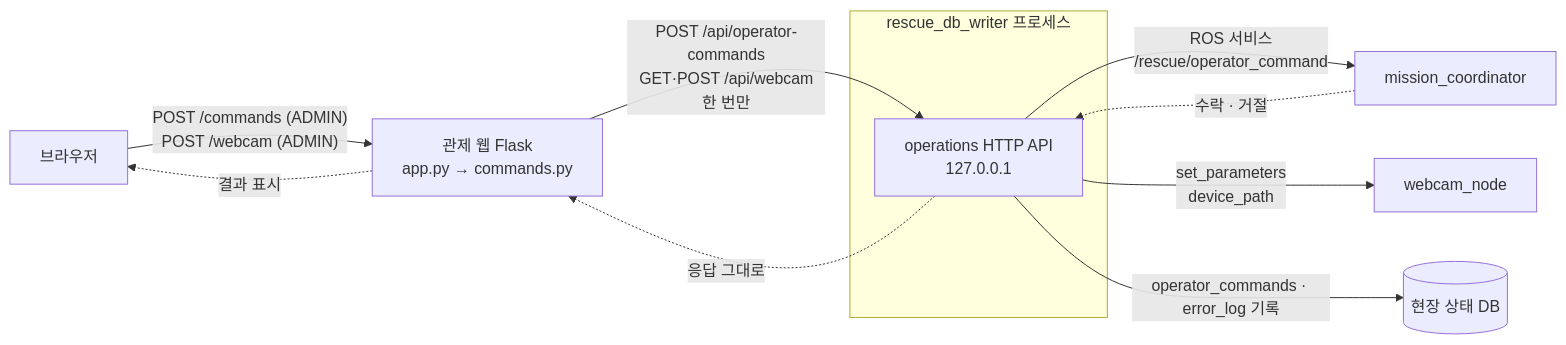
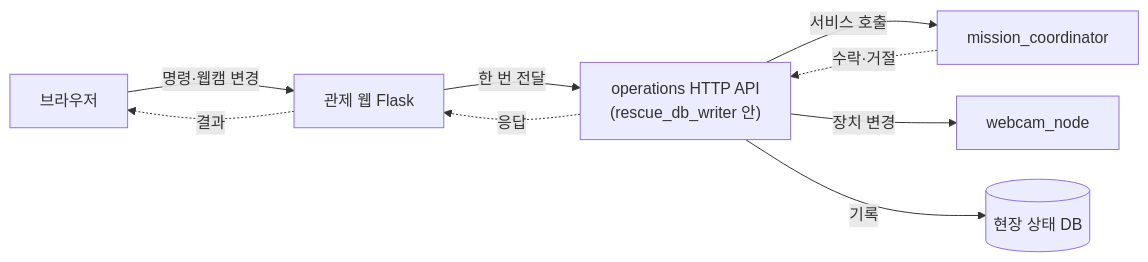
The second of 3 diagrams in docs/design/console-architecture.md (mi1nn/ROKEY-7-public), drawn with Mermaid before and after one commit. The commit also changed other lines of this file, not shown here.

````diff
--- a/docs/design/console-architecture.md
+++ b/docs/design/console-architecture.md
@@ -78,19 +83,18 @@
 ```mermaid
+%%{init: {"flowchart": {"rankSpacing": 70, "nodeSpacing": 30}}}%%
 flowchart LR
   B["브라우저"]
-  F["관제 웹 Flask<br/>app.py → commands.py"]
-  subgraph DBW["rescue_db_writer 프로세스"]
-    API["operations HTTP API<br/>127.0.0.1"]
-  end
+  F["관제 웹 Flask"]
+  API["operations HTTP API<br/>(rescue_db_writer 안)"]
   C1["mission_coordinator"]
   P1["webcam_node"]
   DB[("현장 상태 DB")]
-  B -- "POST /commands (ADMIN)<br/>POST /webcam (ADMIN)" --> F
-  F -- "POST /api/operator-commands<br/>GET·POST /api/webcam<br/>한 번만" --> API
-  API -- "ROS 서비스<br/>/rescue/operator_command" --> C1
-  API -- "set_parameters<br/>device_path" --> P1
-  C1 -. "수락 · 거절" .-> API
-  API -. "응답 그대로" .-> F
-  F -. "결과 표시" .-> B
-  API -- "operator_commands · error_log 기록" --> DB
+  B -- "명령·웹캠 변경" --> F
+  F -- "한 번 전달" --> API
+  API -- "서비스 호출" --> C1
+  API -- "장치 변경" --> P1
+  API -- "기록" --> DB
+  C1 -. "수락·거절" .-> API
+  API -. "응답" .-> F
+  F -. "결과" .-> B
 ```
````
